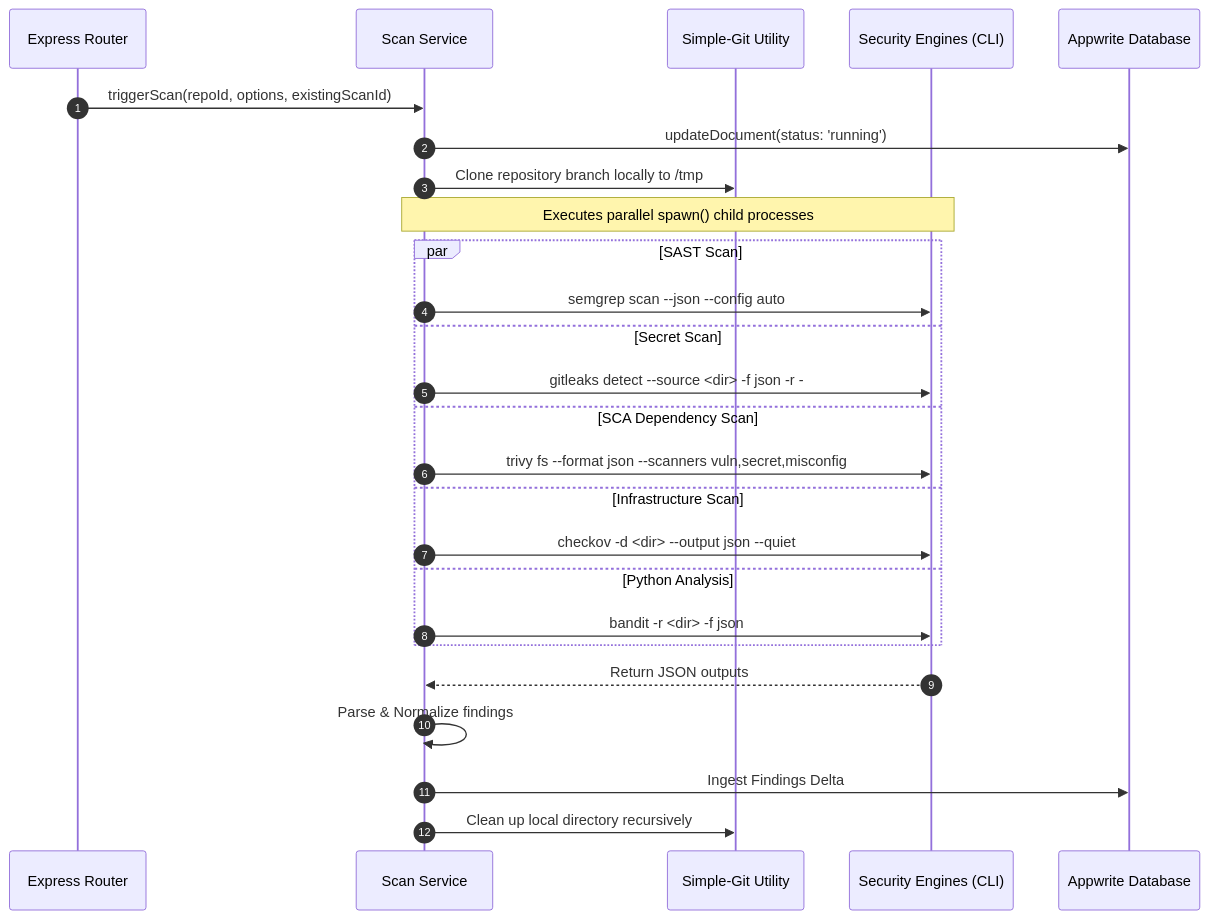
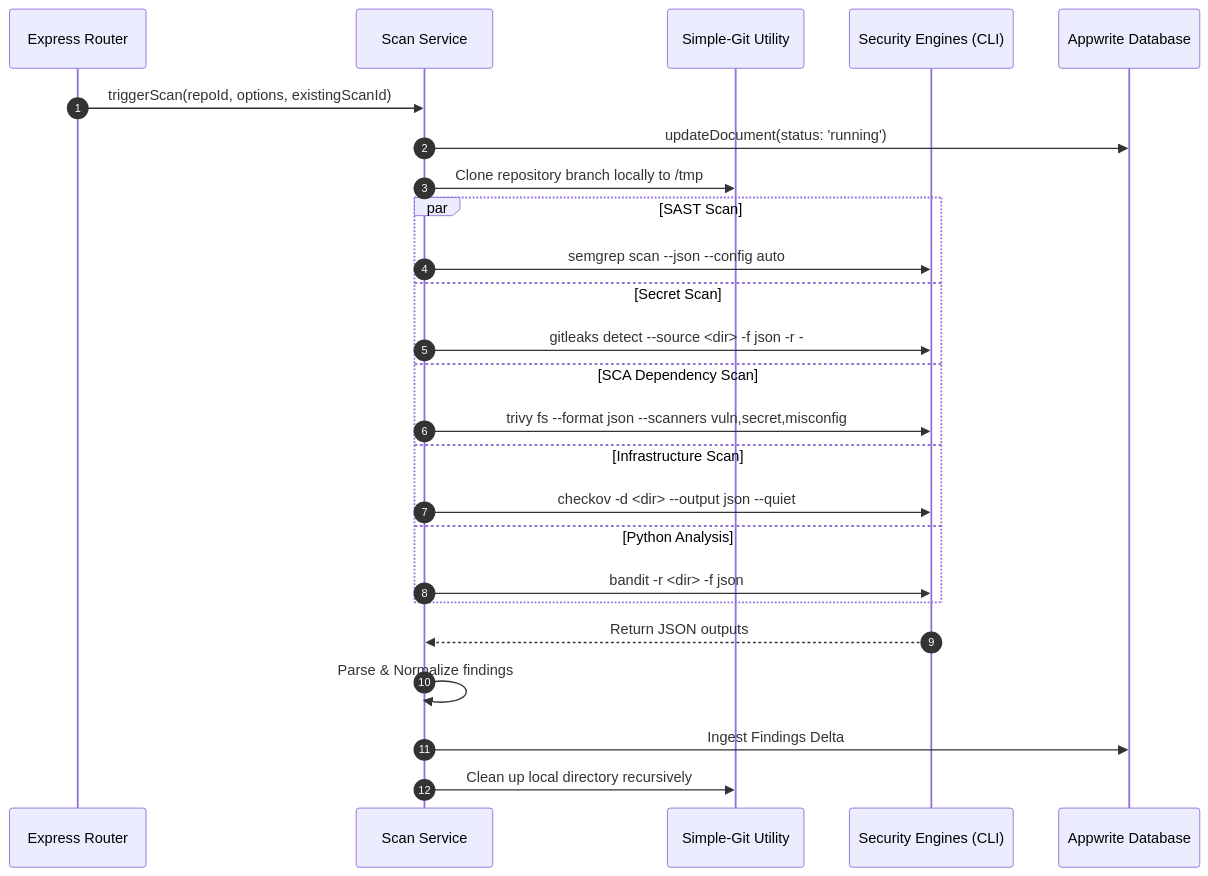
Before and after one commit to Manikantareddy941-hash/Scorpion: the second of 7 diagrams in README.md, drawn with Mermaid. The commit also changed other lines of this file, not shown here.

````diff
--- a/README.md
+++ b/README.md
@@ -63,29 +102,28 @@
 ```mermaid
 sequenceDiagram
     autonumber
     participant Router as Express Router
     participant Service as Scan Service
     participant Git as Simple-Git Utility
     participant Tools as Security Engines (CLI)
     participant DB as Appwrite Database
 
     Router->>Service: triggerScan(repoId, options, existingScanId)
     Service->>DB: updateDocument(status: 'running')
     Service->>Git: Clone repository branch locally to /tmp
-    Note over Service, Tools: Executes parallel spawn() child processes
     par SAST Scan
         Service->>Tools: semgrep scan --json --config auto
     and Secret Scan
         Service->>Tools: gitleaks detect --source <dir> -f json -r -
     and SCA Dependency Scan
         Service->>Tools: trivy fs --format json --scanners vuln,secret,misconfig
     and Infrastructure Scan
         Service->>Tools: checkov -d <dir> --output json --quiet
     and Python Analysis
         Service->>Tools: bandit -r <dir> -f json
     end
     Tools-->>Service: Return JSON outputs
     Service->>Service: Parse & Normalize findings
     Service->>DB: Ingest Findings Delta
     Service->>Git: Clean up local directory recursively
 ```
````
